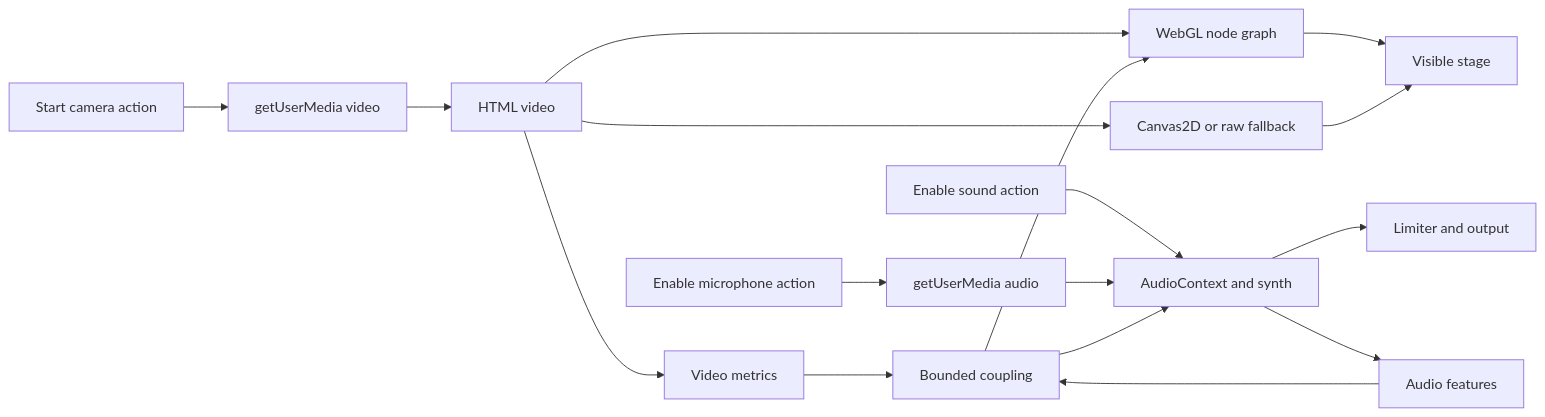
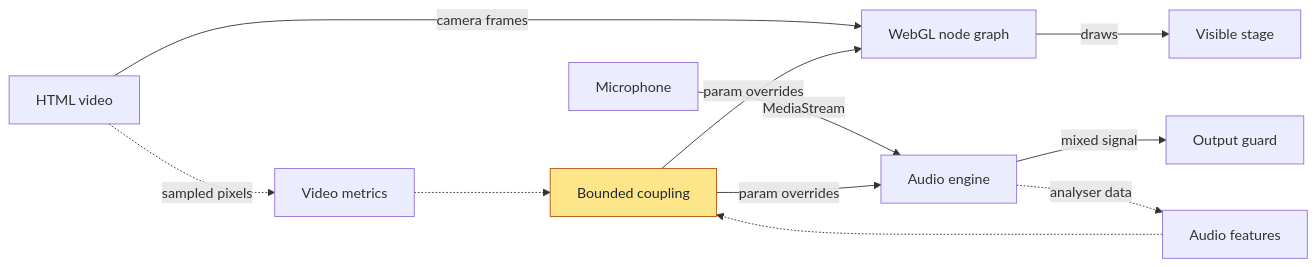
The fifth of 7 diagrams in docs/ARCHITECTURE.md (sebastianspicker/inner-echo), drawn with Mermaid before and after one commit. The commit also changed other lines of this file and 2 other files, not shown here.

````diff
--- a/docs/ARCHITECTURE.md
+++ b/docs/ARCHITECTURE.md
@@ -96,20 +226,15 @@
 ```mermaid
 flowchart LR
-  CameraAction[Start camera action] --> Camera[getUserMedia video]
-  Camera --> Video[HTML video]
-  Video --> WebGL[WebGL node graph]
-  Video --> Canvas[Canvas2D or raw fallback]
-  WebGL --> Stage[Visible stage]
-  Canvas --> Stage
-
-  SoundAction[Enable sound action] --> Audio[AudioContext and synth]
-  MicAction[Enable microphone action] --> Mic[getUserMedia audio]
-  Mic --> Audio
-  Audio --> Output[Limiter and output]
-  Audio --> Features[Audio features]
-  Video --> Metrics[Video metrics]
-  Features --> Coupling[Bounded coupling]
-  Metrics --> Coupling
-  Coupling --> WebGL
-  Coupling --> Audio
+  Video[HTML video] -->|camera frames| WebGL[WebGL node graph]
+  WebGL -->|draws| Stage[Visible stage]
+  Video -.->|sampled pixels| Metrics[Video metrics]
+  Mic[Microphone] -->|MediaStream| Audio[Audio engine]
+  Audio -->|mixed signal| Output[Output guard]
+  Audio -.->|analyser data| Features[Audio features]
+  Metrics -.-> Coupling[Bounded coupling]
+  Features -.-> Coupling
+  Coupling -->|param overrides| WebGL
+  Coupling -->|param overrides| Audio
+  classDef focus fill:#fde68a,stroke:#b45309,color:#1f2937
+  class Coupling focus
 ```
````
